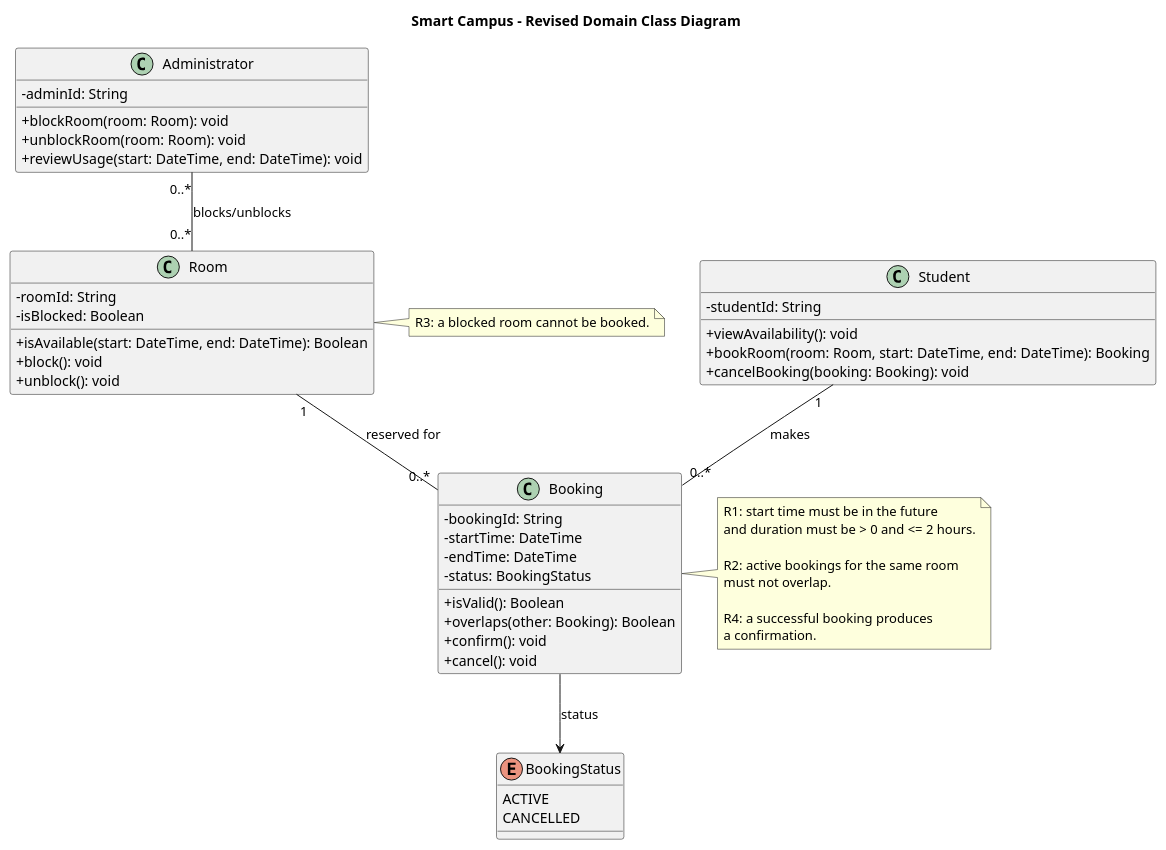
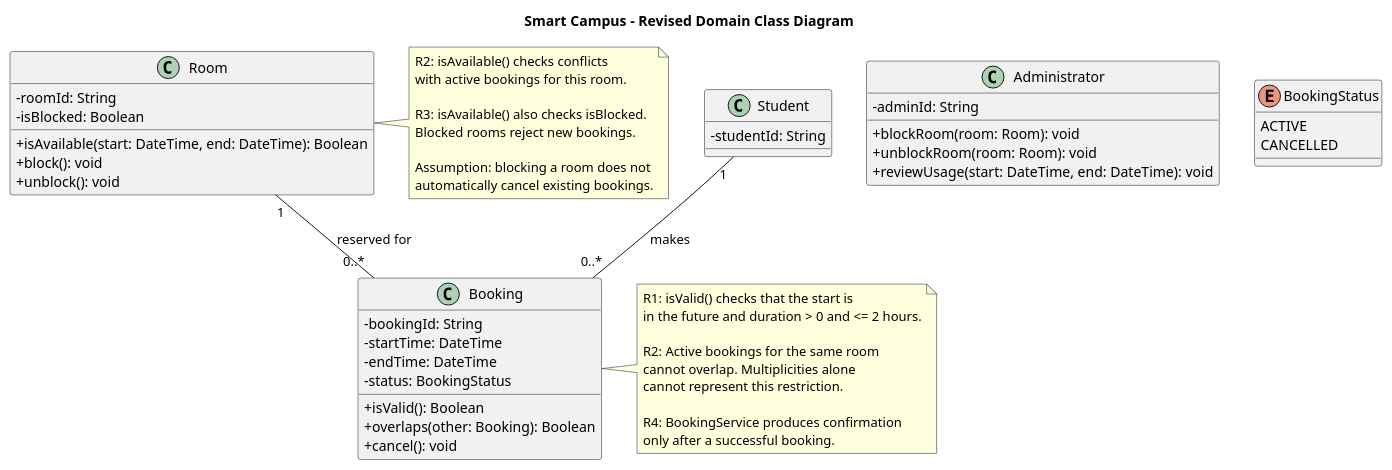
The diagram in week-04/models/class.puml (Nurkozha0607/se-practice), drawn with PlantUML before and after one commit. The commit also changed other lines of this file and 11 other files, not shown here.

Commit message:
week-04: complete UML modeling lab

```diff
--- a/week-04/models/class.puml
+++ b/week-04/models/class.puml
@@ -1,64 +2,66 @@
 @startuml
 title Smart Campus - Revised Domain Class Diagram
 
 skinparam classAttributeIconSize 0
 
 class Student {
     - studentId: String
-    + viewAvailability(): void
-    + bookRoom(room: Room, start: DateTime, end: DateTime): Booking
-    + cancelBooking(booking: Booking): void
 }
 
 class Administrator {
     - adminId: String
     + blockRoom(room: Room): void
     + unblockRoom(room: Room): void
     + reviewUsage(start: DateTime, end: DateTime): void
 }
 
 class Room {
     - roomId: String
     - isBlocked: Boolean
     + isAvailable(start: DateTime, end: DateTime): Boolean
     + block(): void
     + unblock(): void
 }
 
 class Booking {
     - bookingId: String
     - startTime: DateTime
     - endTime: DateTime
     - status: BookingStatus
     + isValid(): Boolean
     + overlaps(other: Booking): Boolean
-    + confirm(): void
     + cancel(): void
 }
 
 enum BookingStatus {
     ACTIVE
     CANCELLED
 }
 
 Student "1" -- "0..*" Booking : makes
 Room "1" -- "0..*" Booking : reserved for
-Administrator "0..*" -- "0..*" Room : blocks/unblocks
-Booking --> BookingStatus : status
 
 note right of Booking
-R1: start time must be in the future
-and duration must be > 0 and <= 2 hours.
+R1: isValid() checks that the start is
+in the future and duration > 0 and <= 2 hours.
 
-R2: active bookings for the same room
-must not overlap.
+R2: Active bookings for the same room
+cannot overlap. Multiplicities alone
+cannot represent this restriction.
 
-R4: a successful booking produces
-a confirmation.
+R4: BookingService produces confirmation
+only after a successful booking.
 end note
 
 note right of Room
-R3: a blocked room cannot be booked.
+R2: isAvailable() checks conflicts
+with active bookings for this room.
+
+R3: isAvailable() also checks isBlocked.
+Blocked rooms reject new bookings.
+
+Assumption: blocking a room does not
+automatically cancel existing bookings.
 end note
 
 @enduml
```
